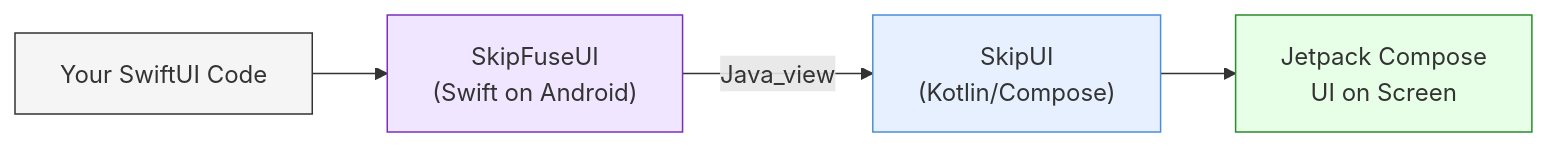
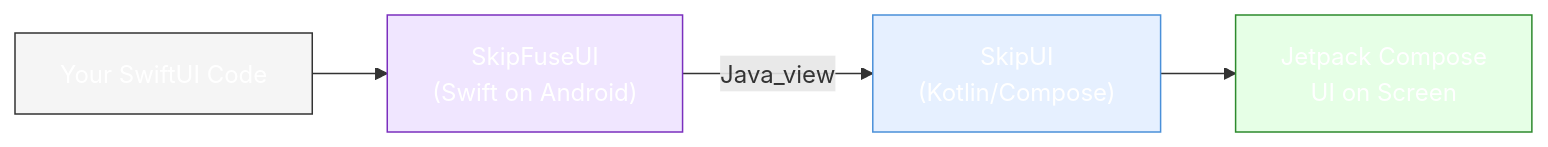
Before and after one commit to skiptools/skip-fuse-ui: the first of 4 diagrams in README.md, drawn with Mermaid. The commit also changed other lines of this file, not shown here.

````diff
--- a/README.md
+++ b/README.md
@@ -9,11 +9,11 @@
 ```mermaid
 flowchart LR
     A["Your SwiftUI Code"] --> B["SkipFuseUI\n(Swift on Android)"]
     B -->|"Java_view"| C["SkipUI\n(Kotlin/Compose)"]
     C --> D["Jetpack Compose\nUI on Screen"]
 
-    style A fill:#f5f5f5,stroke:#333
-    style B fill:#f0e6ff,stroke:#7b2fbe
-    style C fill:#e6f0ff,stroke:#4a90d9
-    style D fill:#e6ffe6,stroke:#2d8a2d
+    style A fill:#f5f5f5,stroke:#333,color:#fff
+    style B fill:#f0e6ff,stroke:#7b2fbe,color:#fff
+    style C fill:#e6f0ff,stroke:#4a90d9,color:#fff
+    style D fill:#e6ffe6,stroke:#2d8a2d,color:#fff
 ```
````
